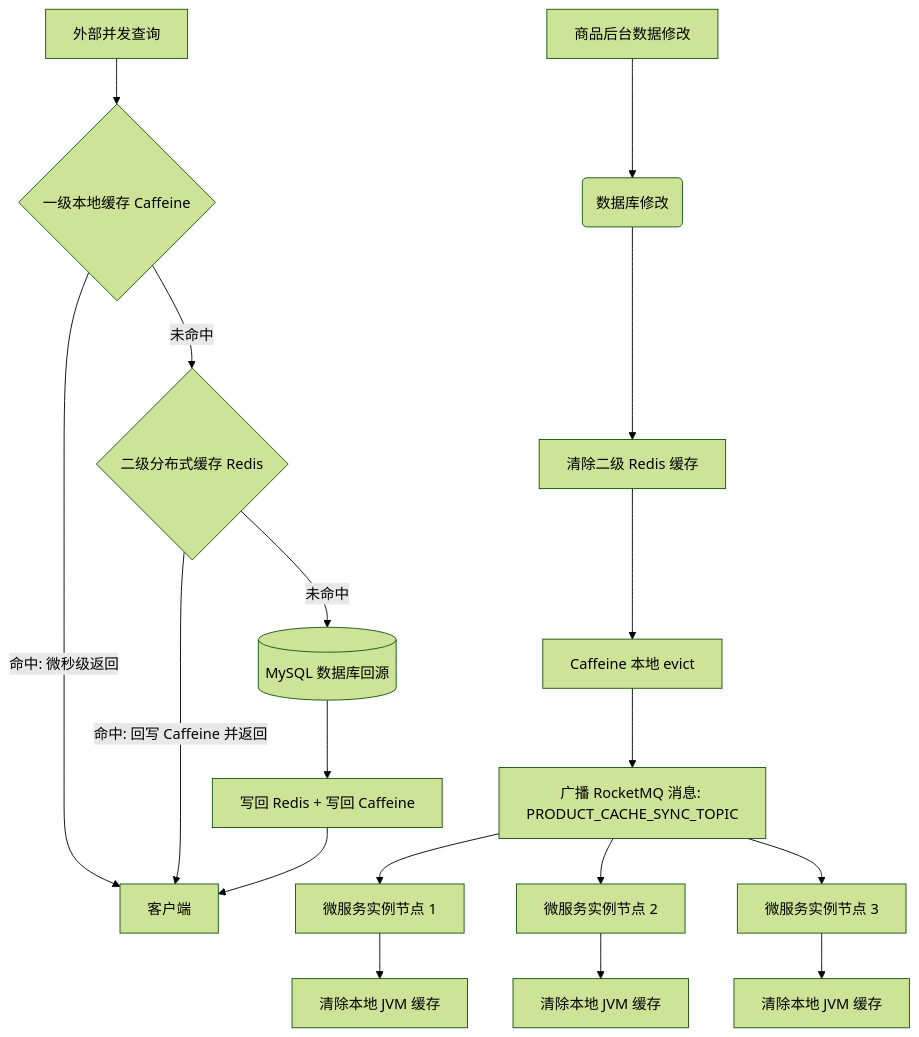
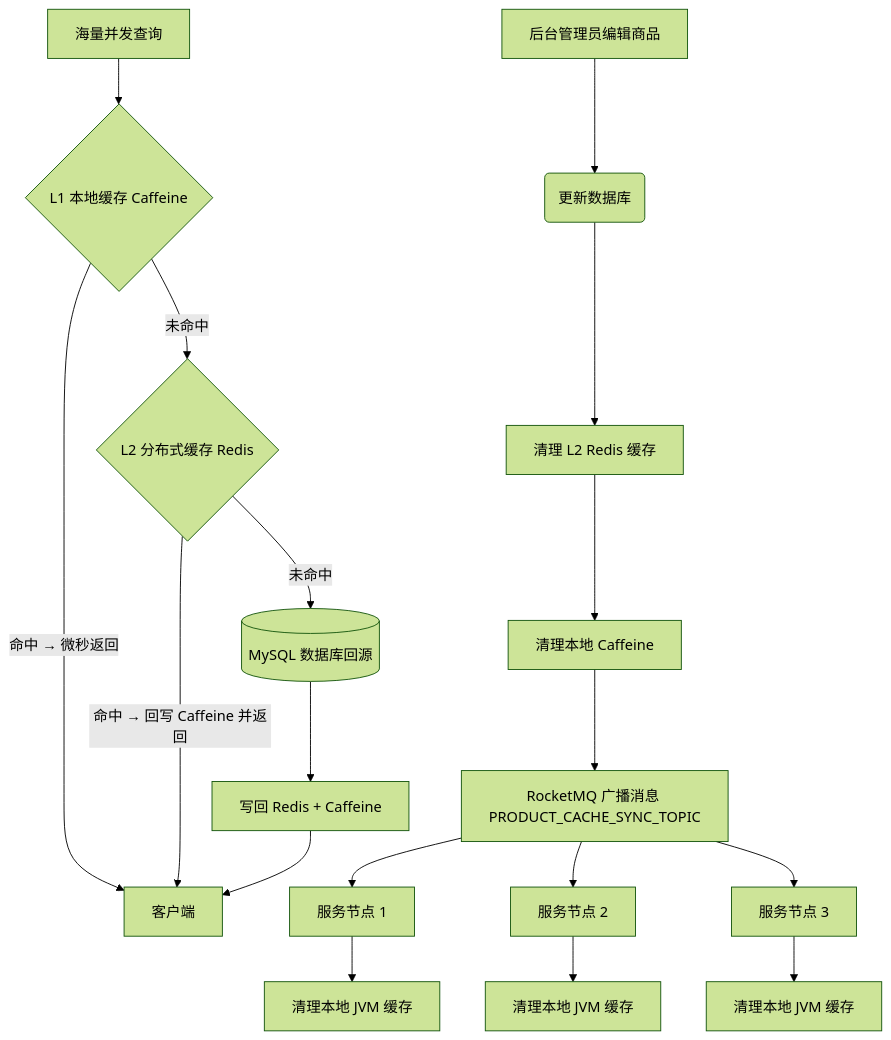
Before and after one commit to MeiSiristhebest/ningxiangshop: the second of 2 diagrams in README.md, drawn with Mermaid (forest theme). The commit also changed other lines of this file and 1 other file, not shown here.

Commit message:
docs(readme): optimize zh + en; fix Mermaid, badges, TOC, add Security & Contributing chapters

````diff
--- a/README.md
+++ b/README.md
@@ -54,17 +70,17 @@
 ```mermaid
 graph TD
-    A[外部并发查询] --> B{一级本地缓存 Caffeine}
-    B -- 命中: 微秒级返回 --> C[客户端]
-    B -- 未命中 --> D{二级分布式缓存 Redis}
-    D -- 命中: 回写 Caffeine 并返回 --> C
-    D -- 未命中 --> E[(MySQL 数据库回源)]
-    E --> F[写回 Redis + 写回 Caffeine] --> C
-    
-    G[商品后台数据修改] --> H(数据库修改)
-    H --> I[清除二级 Redis 缓存]
-    I --> J[Caffeine 本地 evict]
-    J --> K[广播 RocketMQ 消息: PRODUCT_CACHE_SYNC_TOPIC]
-    K --> L[微服务实例节点 1] --> M[清除本地 JVM 缓存]
-    K --> N[微服务实例节点 2] --> O[清除本地 JVM 缓存]
-    K --> P[微服务实例节点 3] --> Q[清除本地 JVM 缓存]
+    A["海量并发查询"] --> B{"L1 本地缓存 Caffeine"}
+    B -- "命中 → 微秒返回" --> C["客户端"]
+    B -- "未命中" --> D{"L2 分布式缓存 Redis"}
+    D -- "命中 → 回写 Caffeine 并返回" --> C
+    D -- "未命中" --> E[("MySQL 数据库回源")]
+    E --> F["写回 Redis + Caffeine"] --> C
+
+    G["后台管理员编辑商品"] --> H("更新数据库")
+    H --> I["清理 L2 Redis 缓存"]
+    I --> J["清理本地 Caffeine"]
+    J --> K["RocketMQ 广播消息 PRODUCT_CACHE_SYNC_TOPIC"]
+    K --> L["服务节点 1"] --> M["清理本地 JVM 缓存"]
+    K --> N["服务节点 2"] --> O["清理本地 JVM 缓存"]
+    K --> P["服务节点 3"] --> Q["清理本地 JVM 缓存"]
 ```
````
